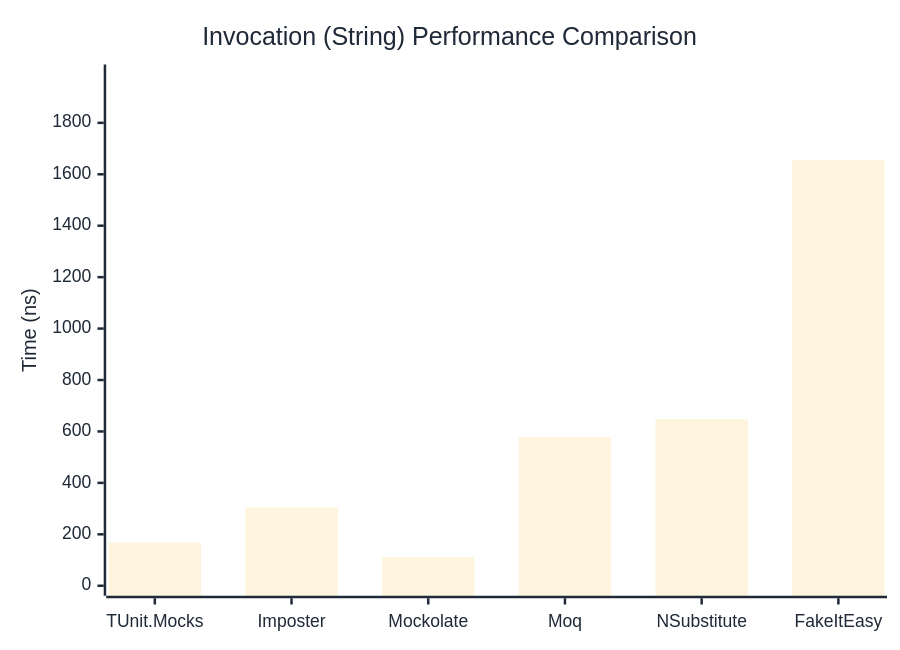
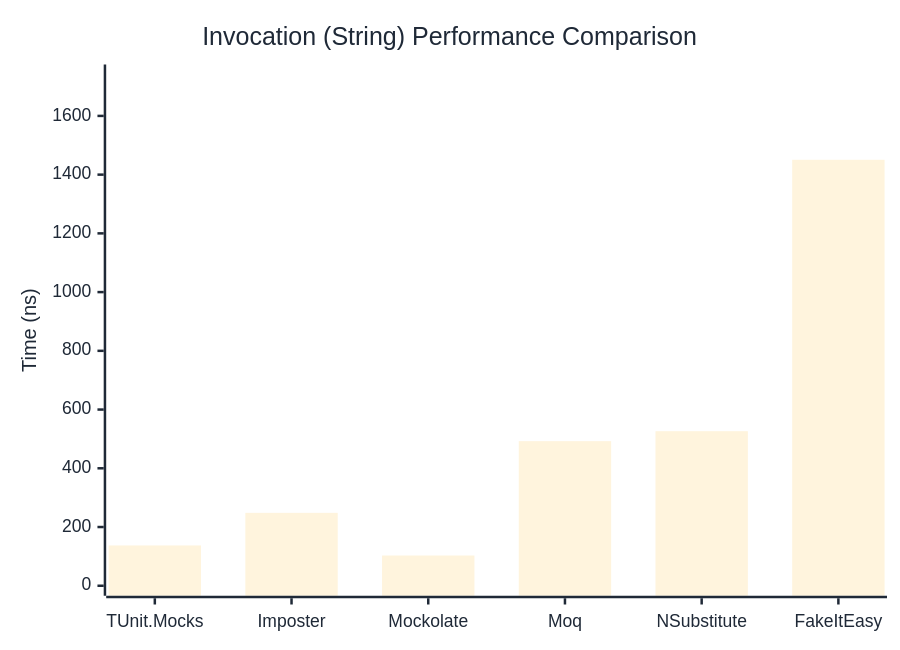
The second of 3 diagrams in docs/docs/benchmarks/mocks/Invocation.md (thomhurst/TUnit), drawn with Mermaid before and after one commit. The commit also changed other lines of this file and 14 other files, not shown here.

````diff
--- a/docs/docs/benchmarks/mocks/Invocation.md
+++ b/docs/docs/benchmarks/mocks/Invocation.md
@@ -71,27 +71,27 @@
 ```mermaid
 %%{init: {
   'theme':'base',
   'themeVariables': {
     'primaryColor': '#2563eb',
     'primaryTextColor': '#1f2937',
     'primaryBorderColor': '#1e40af',
     'lineColor': '#6b7280',
     'secondaryColor': '#7c3aed',
     'tertiaryColor': '#dc2626',
     'background': '#ffffff',
     'pie1': '#2563eb',
     'pie2': '#7c3aed',
     'pie3': '#dc2626',
     'pie4': '#f59e0b',
     'pie5': '#10b981',
     'pie6': '#06b6d4',
     'pie7': '#ec4899',
     'pie8': '#6366f1'
   }
 }}%%
 xychart-beta
   title "Invocation (String) Performance Comparison"
   x-axis ["TUnit.Mocks", "Imposter", "Mockolate", "Moq", "NSubstitute", "FakeItEasy"]
-  y-axis "Time (ns)" 0 --> 1988
-  bar [167.6, 304.7, 111.1, 578.3, 647.7, 1656.2]
+  y-axis "Time (ns)" 0 --> 1741
+  bar [137.2, 248.3, 103, 492.4, 526.3, 1450.6]
 ```
````
